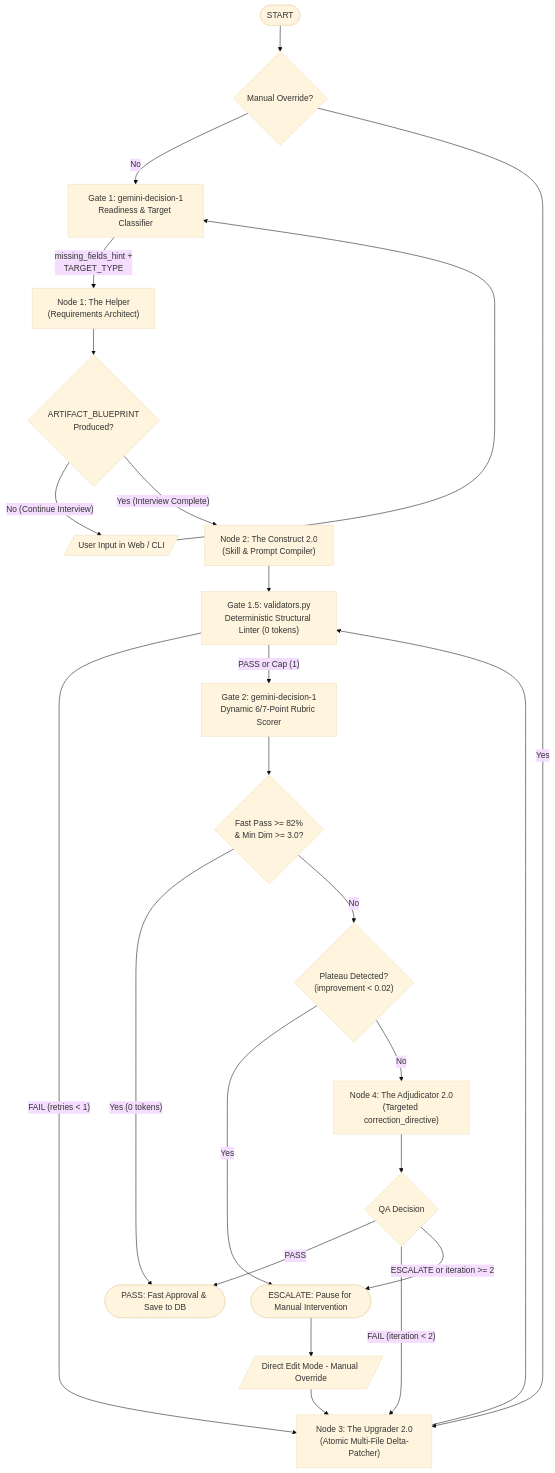
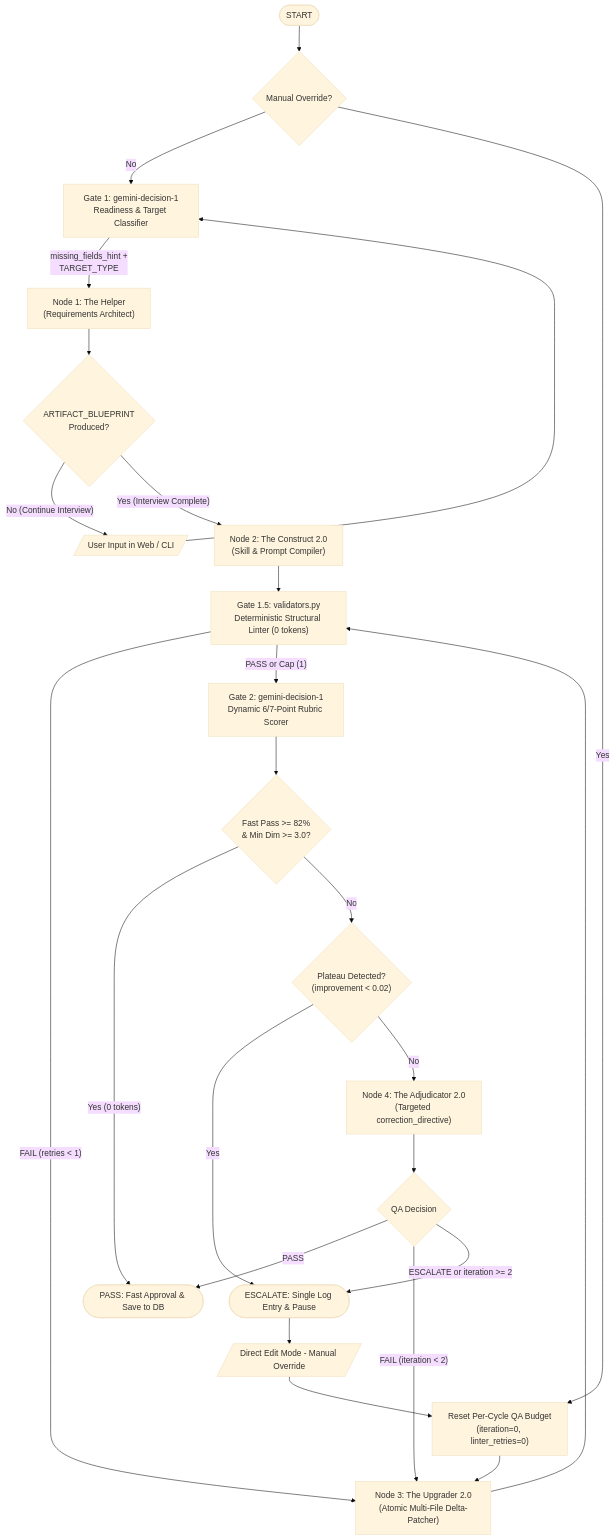
Before and after one commit to yubranvalde-byte/betterBot: the diagram in README.md, drawn with Mermaid (base theme). The commit also changed other lines of this file and 29 other files, not shown here.

````diff
--- a/README.md
+++ b/README.md
@@ -36,30 +36,31 @@
 ```mermaid
 flowchart TD
     Start([START]) --> RouteStart{Manual Override?}
     RouteStart -- No --> Gate1["Gate 1: gemini-decision-1\nReadiness & Target Classifier"]
-    RouteStart -- Yes --> Upgrader["Node 3: The Upgrader 2.0\n(Atomic Multi-File Delta-Patcher)"]
+    RouteStart -- Yes --> ResetBudget["Reset Per-Cycle QA Budget\n(iteration=0, linter_retries=0)"]
+    ResetBudget --> Upgrader["Node 3: The Upgrader 2.0\n(Atomic Multi-File Delta-Patcher)"]
 
     Gate1 -- "missing_fields_hint +\nTARGET_TYPE" --> Helper["Node 1: The Helper\n(Requirements Architect)"]
     Helper --> CheckBlueprint{ARTIFACT_BLUEPRINT\nProduced?}
     CheckBlueprint -- "No (Continue Interview)" --> UserInput[/User Input in Web / CLI/]
     UserInput --> Gate1
     CheckBlueprint -- "Yes (Interview Complete)" --> Construct["Node 2: The Construct 2.0\n(Skill & Prompt Compiler)"]
 
     Construct --> Gate15["Gate 1.5: validators.py\nDeterministic Structural Linter (0 tokens)"]
     Upgrader --> Gate15
     Gate15 -- "FAIL (retries < 1)" --> Upgrader
     Gate15 -- "PASS or Cap (1)" --> Gate2["Gate 2: gemini-decision-1\nDynamic 6/7-Point Rubric Scorer"]
 
     Gate2 --> FastCheck{"Fast Pass >= 82%\n& Min Dim >= 3.0?"}
     FastCheck -- "Yes (0 tokens)" --> EndSuccess([PASS: Fast Approval & Save to DB])
     FastCheck -- No --> PlateauCheck{"Plateau Detected?\n(improvement < 0.02)"}
-    PlateauCheck -- Yes --> Escalate([ESCALATE: Pause for Manual Intervention])
+    PlateauCheck -- Yes --> Escalate([ESCALATE: Single Log Entry & Pause])
     PlateauCheck -- No --> Adjudicator["Node 4: The Adjudicator 2.0\n(Targeted correction_directive)"]
 
     Adjudicator --> RouteQA{QA Decision}
     RouteQA -- "PASS" --> EndSuccess
     RouteQA -- "FAIL (iteration < 2)" --> Upgrader
     RouteQA -- "ESCALATE or iteration >= 2" --> Escalate
     Escalate --> ManualOverride[/Direct Edit Mode - Manual Override/]
-    ManualOverride --> Upgrader
+    ManualOverride --> ResetBudget
 ```
````
